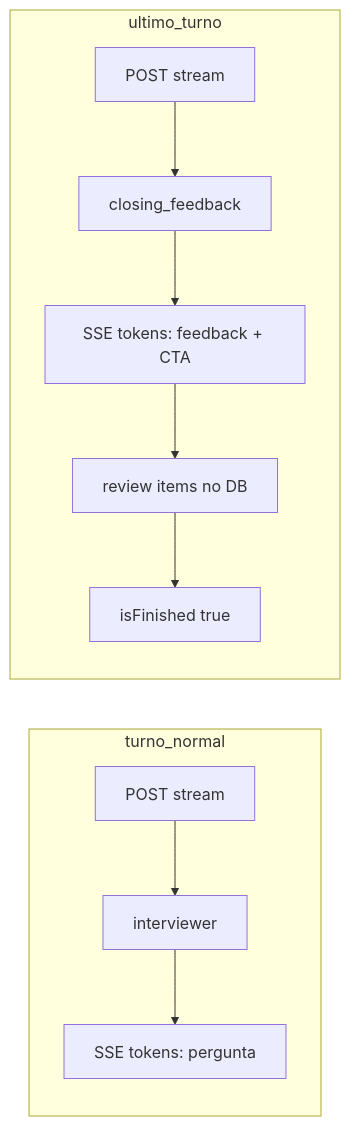
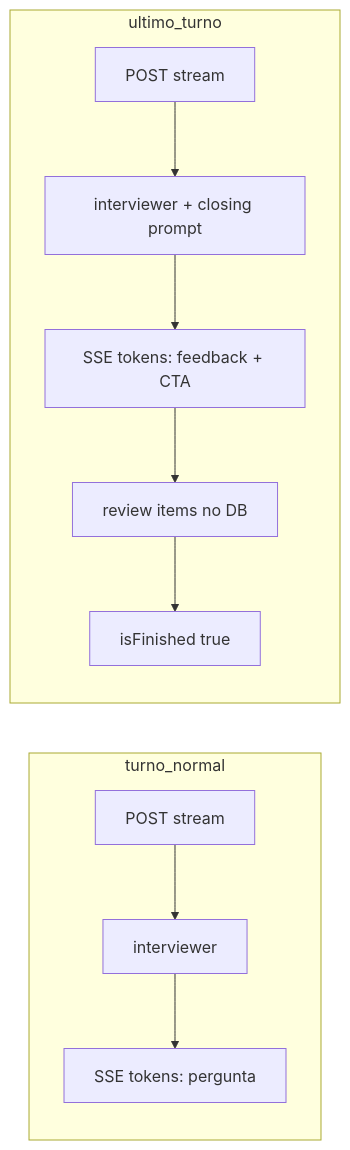
Before and after one commit to ProgramadoresSemPatria/HB01-2026-ai-mock-interview: the second of 2 diagrams in backend/docs/frontend-mock-interview-api.md, drawn with Mermaid. The commit also changed other lines of this file and 11 other files, not shown here.

Commit message:
refactor: streamline interview graph logic by removing closing feedback node and updating related prompts

````diff
--- a/backend/docs/frontend-mock-interview-api.md
+++ b/backend/docs/frontend-mock-interview-api.md
@@ -464,14 +464,14 @@
 ```mermaid
 flowchart LR
   subgraph turno_normal
     H1[POST stream] --> I[interviewer]
     I --> T1[SSE tokens: pergunta]
   end
 
   subgraph ultimo_turno
-    H2[POST stream] --> C[closing_feedback]
-    C --> T2[SSE tokens: feedback + CTA]
+    H2[POST stream] --> I2[interviewer + closing prompt]
+    I2 --> T2[SSE tokens: feedback + CTA]
     T2 --> R[review items no DB]
     R --> F[isFinished true]
   end
 ```
````
